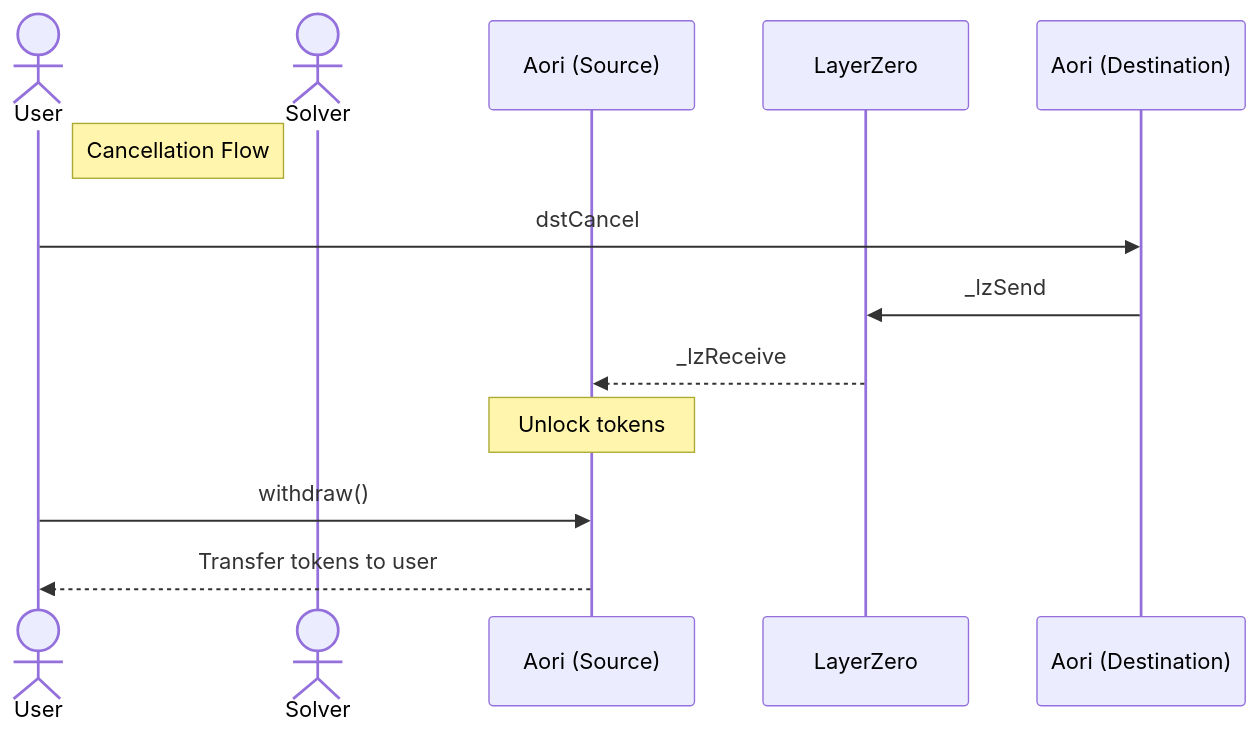
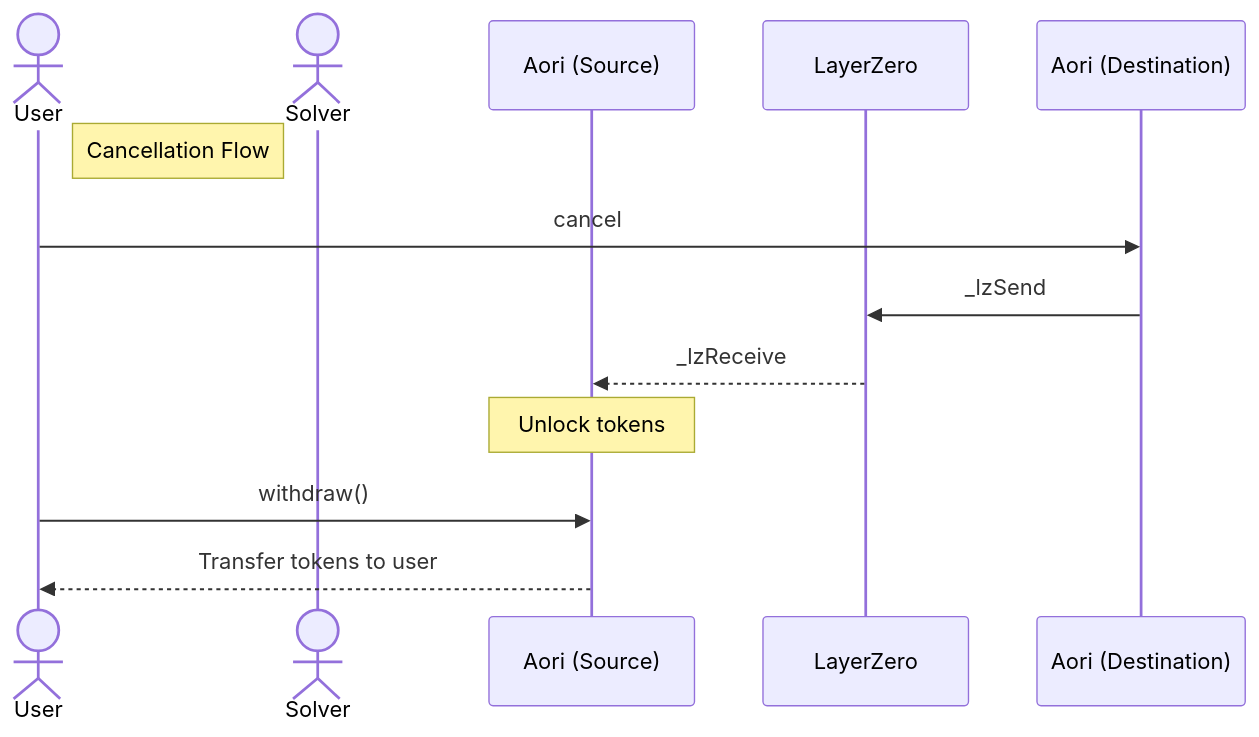
One commit to aori-io/aori changed the third of 3 diagrams in README.md. Above: the diagram before and after it, drawn with Mermaid. The commit also changed other lines of this file and 16 other files, not shown here.

````diff
--- a/README.md
+++ b/README.md
@@ -85,17 +85,17 @@
 ```mermaid
 sequenceDiagram
     actor User
     actor Solver
     participant AoriSrc as Aori (Source)
     participant LZ as LayerZero
     participant AoriDst as Aori (Destination)
 
     %% Cancellation Flow
     note right of User: Cancellation Flow
-    User->>AoriDst: dstCancel
+    User->>AoriDst: cancel
     AoriDst->>LZ: _lzSend
     LZ-->>AoriSrc: _lzReceive
     Note over AoriSrc: Unlock tokens
     User->>AoriSrc: withdraw()
     AoriSrc-->>User: Transfer tokens to user
 ```
````
